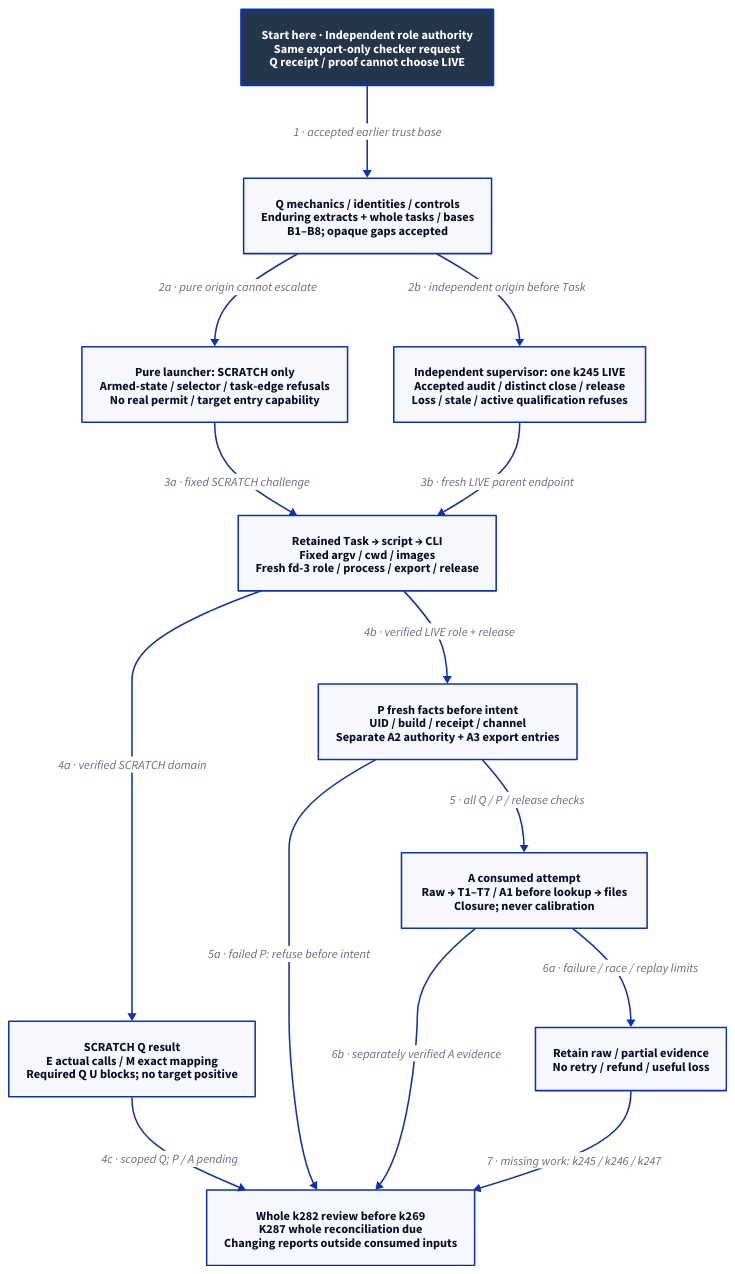
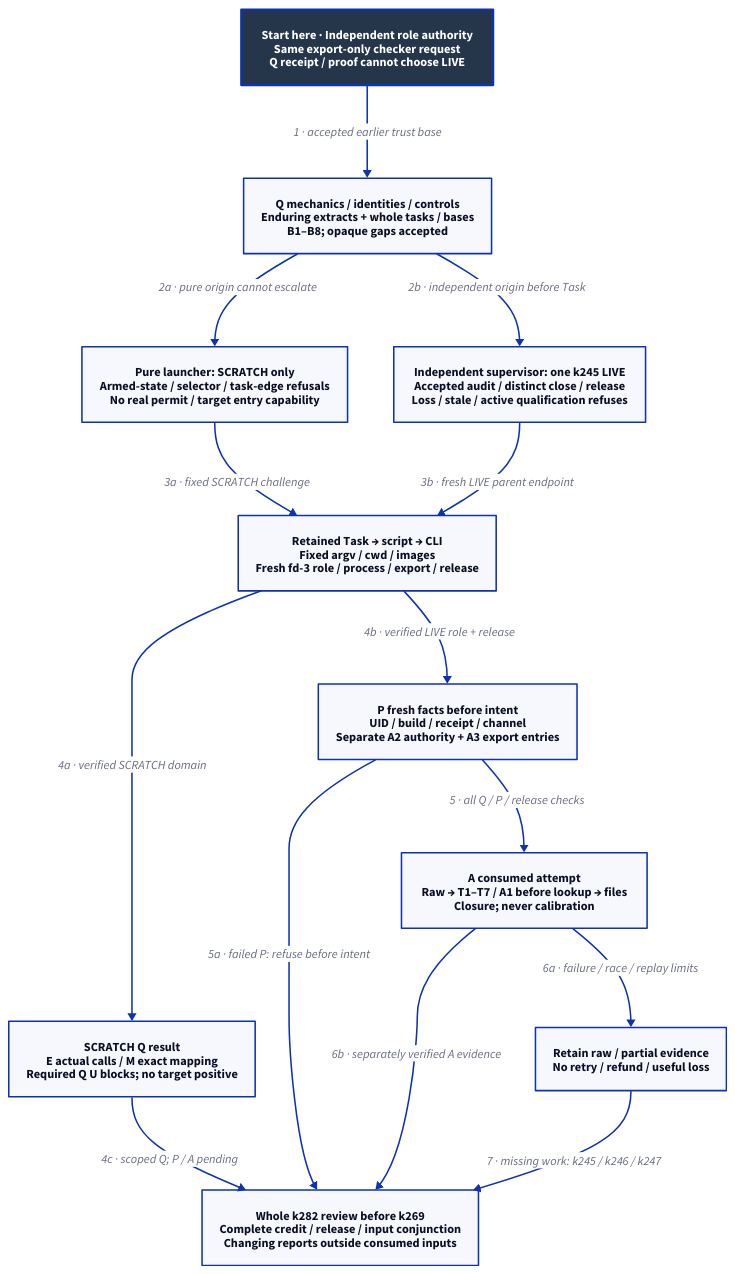
Before and after one commit to Linkuistics/Koine: the diagram in docs/design/architecture/native-reference-packaging.d2, drawn with D2. The commit also changed 51 other files, not shown here.

```diff
--- a/docs/design/architecture/native-reference-packaging.d2
+++ b/docs/design/architecture/native-reference-packaging.d2
@@ -1,28 +1,28 @@
 # Proposed staged credit; no artifact, release or operation is qualified.
 direction: down
 classes: {
   start: {style: {fill: "#25364B"; font-color: "#FFFFFF"; bold: true; stroke-width: 3}}
 }
 Start: "Start here · Independent role authority\nSame export-only checker request\nQ receipt / proof cannot choose LIVE" {class: start}
 Ready: "Q mechanics / identities / controls\nEnduring extracts + whole tasks / bases\nB1–B8; opaque gaps accepted"
 Task: "Retained Task → script → CLI\nFixed argv / cwd / images\nFresh fd-3 role / process / export / release"
 Scratch: "Pure launcher: SCRATCH only\nArmed-state / selector / task-edge refusals\nNo real permit / target entry capability"
 Live: "Independent supervisor: one k245 LIVE\nAccepted audit / distinct close / release\nLoss / stale / active qualification refuses"
 Proof: "SCRATCH Q result\nE actual calls / M exact mapping\nRequired Q U blocks; no target positive"
 Preflight: "P fresh facts before intent\nUID / build / receipt / channel\nSeparate A2 authority + A3 export entries"
 Attempt: "A consumed attempt\nRaw → T1–T7 / A1 before lookup → files\nClosure; never calibration"
 Failure: "Retain raw / partial evidence\nNo retry / refund / useful loss"
-Final: "Whole k282 review before k269\nK287 whole reconciliation due\nChanging reports outside consumed inputs"
+Final: "Whole k282 review before k269\nComplete credit / release / input conjunction\nChanging reports outside consumed inputs"
 Start -> Ready: "1 · accepted earlier trust base"
 Ready -> Scratch: "2a · pure origin cannot escalate"
 Ready -> Live: "2b · independent origin before Task"
 Scratch -> Task: "3a · fixed SCRATCH challenge"
 Live -> Task: "3b · fresh LIVE parent endpoint"
 Task -> Proof: "4a · verified SCRATCH domain"
 Proof -> Final: "4c · scoped Q; P / A pending"
 Task -> Preflight: "4b · verified LIVE role + release"
 Preflight -> Attempt: "5 · all Q / P / release checks"
 Preflight -> Final: "5a · failed P: refuse before intent"
 Attempt -> Failure: "6a · failure / race / replay limits"
 Attempt -> Final: "6b · separately verified A evidence"
 Failure -> Final: "7 · missing work: k245 / k246 / k247"
```
